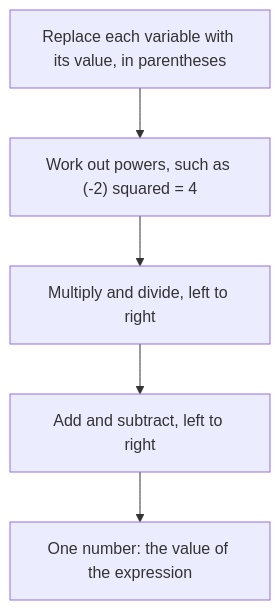
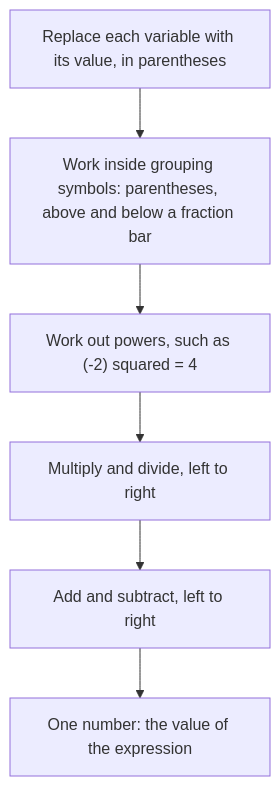
The diagram in content/math/prealgebra/lessons/23-expressions.md (Aziliz/erudior), drawn with Mermaid before and after one commit. The commit also changed 3 other files, not shown here.

````diff
--- a/content/math/prealgebra/lessons/23-expressions.md
+++ b/content/math/prealgebra/lessons/23-expressions.md
@@ -50,9 +50,10 @@
 ```mermaid
 flowchart TD
   accTitle: How to evaluate an expression
-  accDescr: Four steps in order. First, write the expression again with each variable replaced by its value in parentheses. Second, work out powers. Third, multiply and divide from left to right. Fourth, add and subtract from left to right to get one number.
-  A["Replace each variable with its value, in parentheses"] --> B["Work out powers, such as (-2) squared = 4"]
+  accDescr: Five steps in order. First, write the expression again with each variable replaced by its value in parentheses. Second, work out anything inside grouping symbols, such as parentheses or the top and bottom of a fraction bar. Third, work out powers. Fourth, multiply and divide from left to right. Fifth, add and subtract from left to right to get one number.
+  A["Replace each variable with its value, in parentheses"] --> P["Work inside grouping symbols: parentheses, above and below a fraction bar"]
+  P --> B["Work out powers, such as (-2) squared = 4"]
   B --> C["Multiply and divide, left to right"]
   C --> D["Add and subtract, left to right"]
   D --> E["One number: the value of the expression"]
 ```
````
